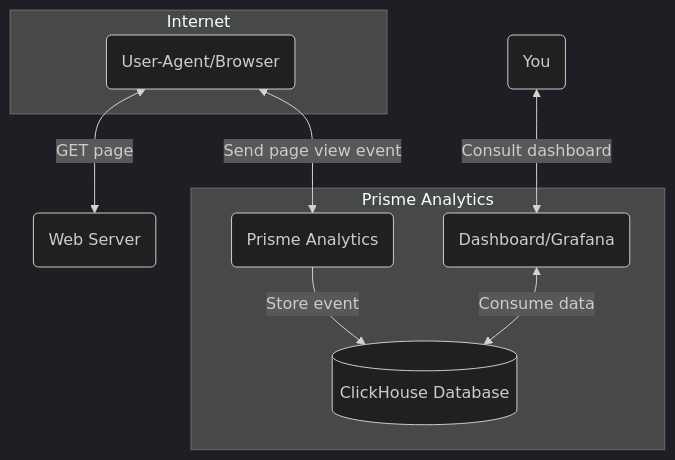
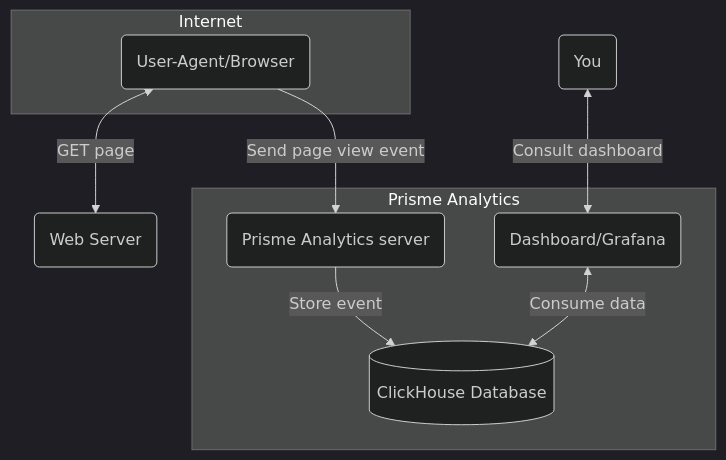
Before and after one commit to prismelabs/prismeanalytics.com: the diagram in docs/docs/02-set-up/01-configuration/01-configure-server/02-default-mode.md, drawn with Mermaid (dark theme). The commit also changed 1 other file, not shown here.

Commit message:
improve mermaid flow chart of server modes

````diff
--- a/docs/docs/02-set-up/01-configuration/01-configure-server/02-default-mode.md
+++ b/docs/docs/02-set-up/01-configuration/01-configure-server/02-default-mode.md
@@ -17,21 +17,21 @@
 ```mermaid
 flowchart TD
     subgraph Internet
     cli(User-Agent/Browser)
     end
 
     you(You)
     srv(Web Server)
 
     subgraph Prisme Analytics
-    pa(Prisme Analytics)
+    pa(Prisme Analytics server)
     db[(ClickHouse Database)]
     dashboard(Dashboard/Grafana)
     end
 
     cli<--GET page-->srv
-    cli<--Send page view event-->pa
+    cli--Send page view event-->pa
     pa--Store event-->db
     dashboard<--Consume data-->db
     you<--Consult dashboard-->dashboard
 ```
````
